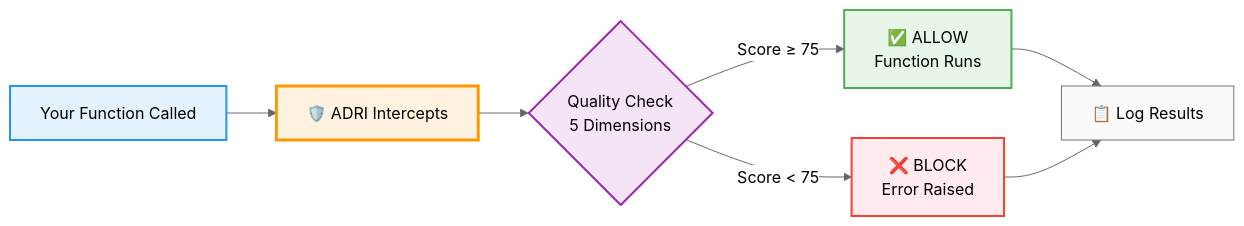
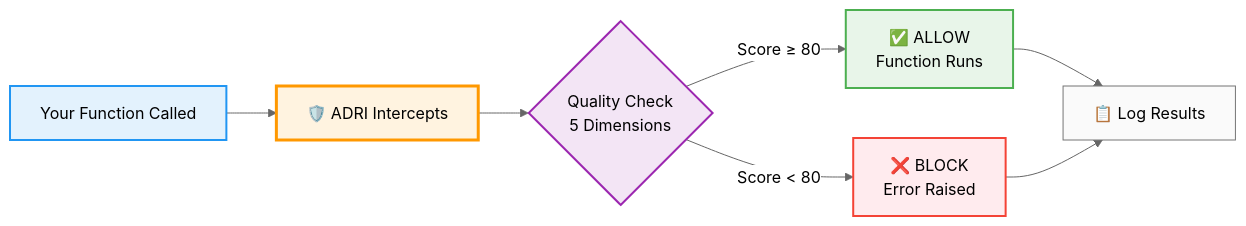
One commit to adri-standard/adri changed the diagram in README.md. Above: the diagram before and after it, drawn with Mermaid (neutral theme). The commit also changed other lines of this file and 554 other files, not shown here.

````diff
--- a/README.md
+++ b/README.md
@@ -55,16 +52,16 @@
 ```mermaid
 flowchart LR
     A[Your Function Called] --> B[🛡️ ADRI Intercepts]
     B --> C{Quality Check<br/>5 Dimensions}
-    C -->|Score ≥ 75| D[✅ ALLOW<br/>Function Runs]
-    C -->|Score < 75| E[❌ BLOCK<br/>Error Raised]
+    C -->|Score ≥ 80| D[✅ ALLOW<br/>Function Runs]
+    C -->|Score < 80| E[❌ BLOCK<br/>Error Raised]
     D --> F[📋 Log Results]
     E --> F
 
     style A fill:#e3f2fd,stroke:#2196f3,stroke-width:2px
     style B fill:#fff3e0,stroke:#ff9800,stroke-width:3px
     style C fill:#f3e5f5,stroke:#9c27b0,stroke-width:2px
     style D fill:#e8f5e9,stroke:#4caf50,stroke-width:2px
     style E fill:#ffebee,stroke:#f44336,stroke-width:2px
     style F fill:#fafafa,stroke:#757575,stroke-width:1px
 ```
````
